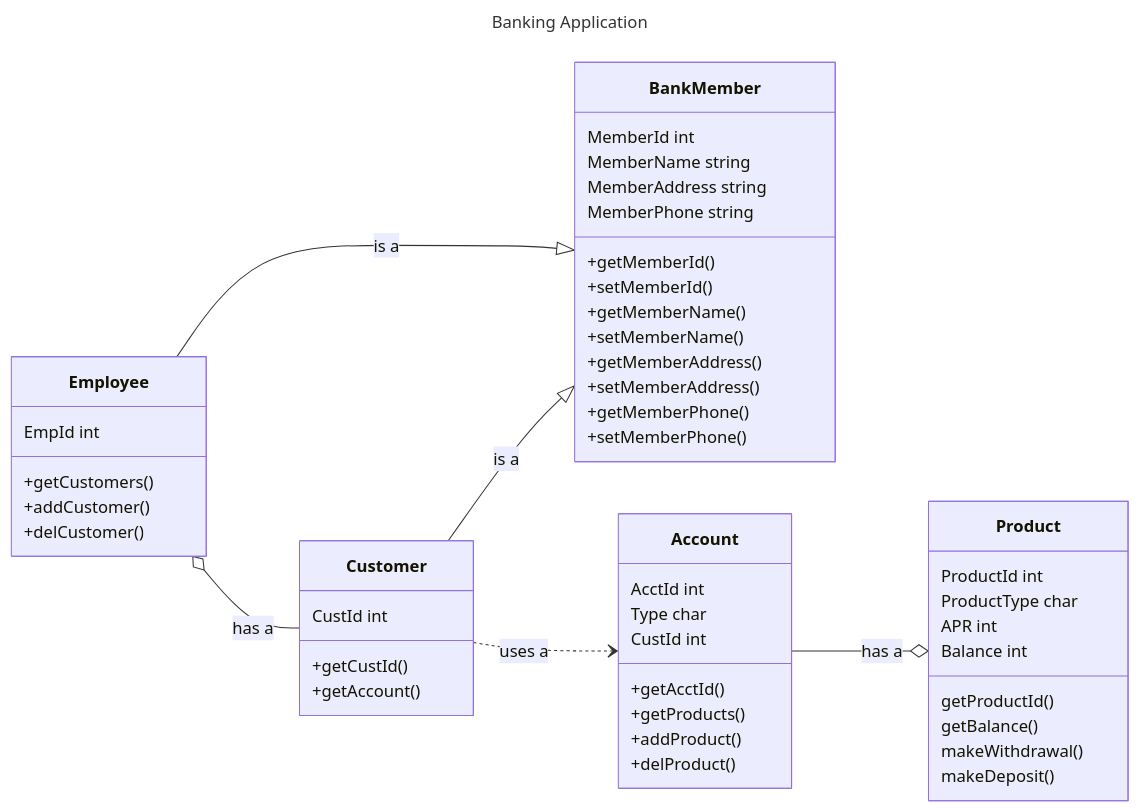
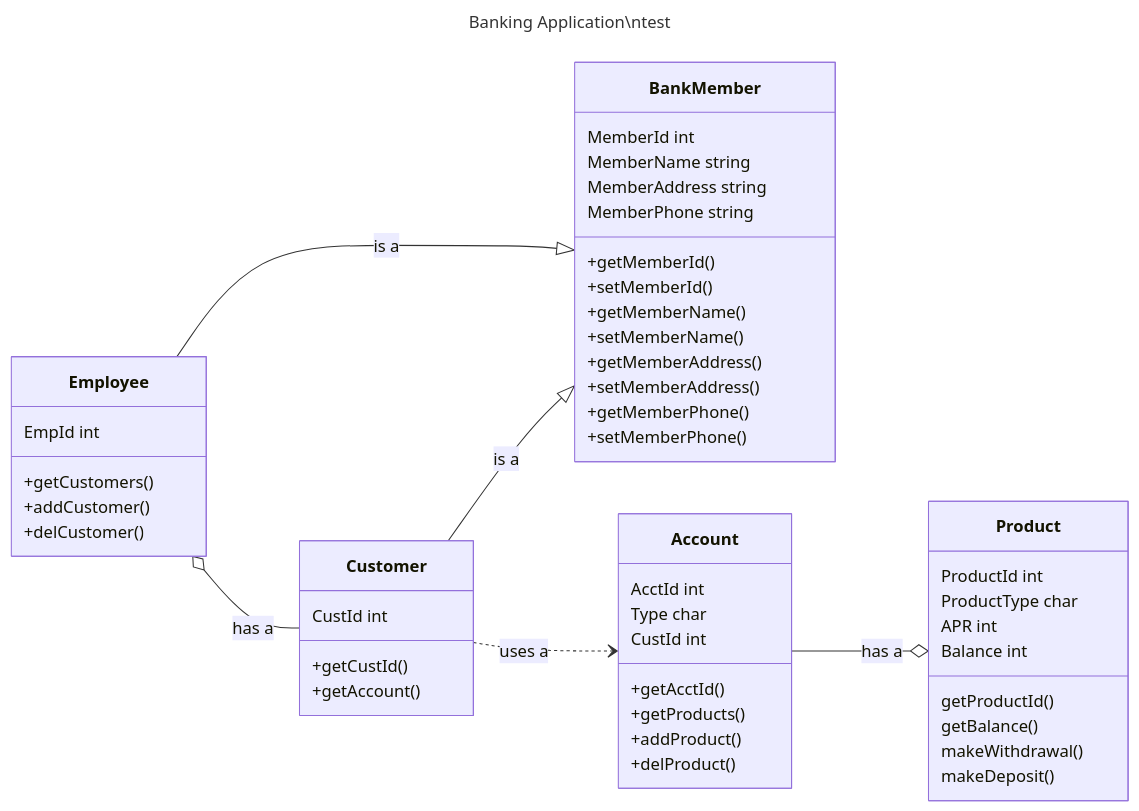
One commit to Marcus-Snell/Test changed the diagram in mermaid.md. Above: the diagram before and after it, drawn with Mermaid.

````diff
--- a/mermaid.md
+++ b/mermaid.md
@@ -1,52 +1,52 @@
 ```mermaid
 ---
-title: Banking Application
+title: Banking Application\ntest
 ---
 classDiagram
 direction LR
 BankMember
 BankMember : MemberId int
 BankMember : MemberName string
 BankMember : MemberAddress string
 BankMember : MemberPhone string
 BankMember : +getMemberId()
 BankMember : +setMemberId()
 BankMember : +getMemberName()
 BankMember : +setMemberName()
 BankMember : +getMemberAddress()
 BankMember : +setMemberAddress()
 BankMember : +getMemberPhone()
 BankMember : +setMemberPhone()
 
 Employee --|> BankMember : is a
 Employee o-- Customer : has a
 Employee : EmpId int
 Employee : +getCustomers()
 Employee : +addCustomer()
 Employee : +delCustomer()
 
 Customer --|> BankMember : is a
 Customer ..> Account : uses a
 Customer : CustId int
 Customer : +getCustId()
 Customer : +getAccount()
 
 Account --o Product : has a
 Account : AcctId int
 Account : Type char
 Account : CustId int
 Account : +getAcctId()
 Account : +getProducts()
 Account : +addProduct()
 Account : +delProduct()
 
 Product : ProductId int
 Product : ProductType char
 Product : APR int
 Product : Balance int
 Product : getProductId()
 Product : getBalance()
 Product : makeWithdrawal()
 Product : makeDeposit()
 
 ```
````
